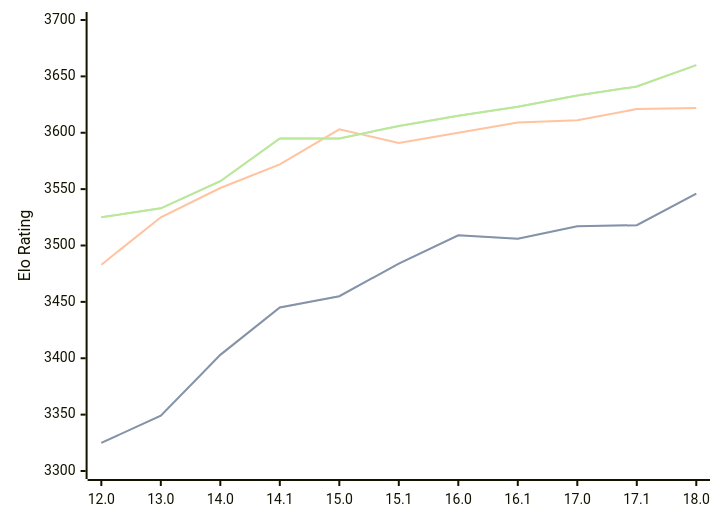
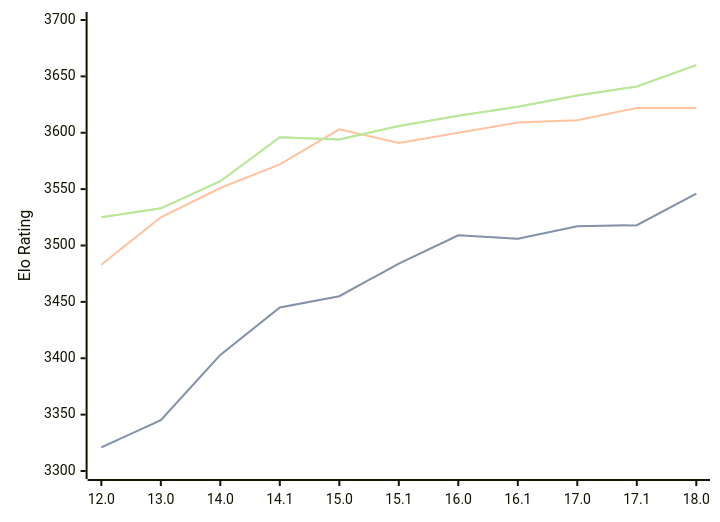
The diagram in engines/Stockfish.md (computer-chess-index/cci), drawn with Mermaid before and after one commit. The commit also changed other lines of this file, not shown here.

Commit message:
Update CCI Ratings (ELO VLTC) - 2026-02-19

````diff
--- a/engines/Stockfish.md
+++ b/engines/Stockfish.md
@@ -42,11 +42,11 @@
 ```mermaid
 %%{init: {"theme":"base","themeVariables":{"seriesColors:['#a3a3a3','#222221','#faa371']}}}%%
 xychart-beta
   x-axis ["12.0", "13.0", "14.0", "14.1", "15.0", "15.1", "16.0", "16.1", "17.0", "17.1", "18.0"]
   y-axis "Elo Rating" 3300 --> 3700
-  line "STC (8.0+0.08s)" [3325, 3349, 3403, 3445, 3455, 3484, 3509, 3506, 3517, 3518, 3546]
-  line "STC (8.0+0.08s)" [3325, 3349, 3403, 3445, 3455, 3484, 3509, 3506, 3517, 3518, 3546]
-  line "LTC (60.0+0.60s)" [3483, 3525, 3551, 3572, 3603, 3591, 3600, 3609, 3611, 3621, 3622]
-  line "VLTC (2m24s+1.12s)" [3525, 3533, 3557, 3595, 3595, 3606, 3615, 3623, 3633, 3641, 3660]
-  line "VLTC (2m24s+1.12s)" [3525, 3533, 3557, 3595, 3595, 3606, 3615, 3623, 3633, 3641, 3660]
+  line "STC (8.0+0.08s)" [3321, 3345, 3403, 3445, 3455, 3484, 3509, 3506, 3517, 3518, 3546]
+  line "STC (8.0+0.08s)" [3321, 3345, 3403, 3445, 3455, 3484, 3509, 3506, 3517, 3518, 3546]
+  line "LTC (60.0+0.60s)" [3483, 3525, 3551, 3572, 3603, 3591, 3600, 3609, 3611, 3622, 3622]
+  line "VLTC (2m24s+1.12s)" [3525, 3533, 3557, 3596, 3594, 3606, 3615, 3623, 3633, 3641, 3660]
+  line "VLTC (2m24s+1.12s)" [3525, 3533, 3557, 3596, 3594, 3606, 3615, 3623, 3633, 3641, 3660]
 ```
````
